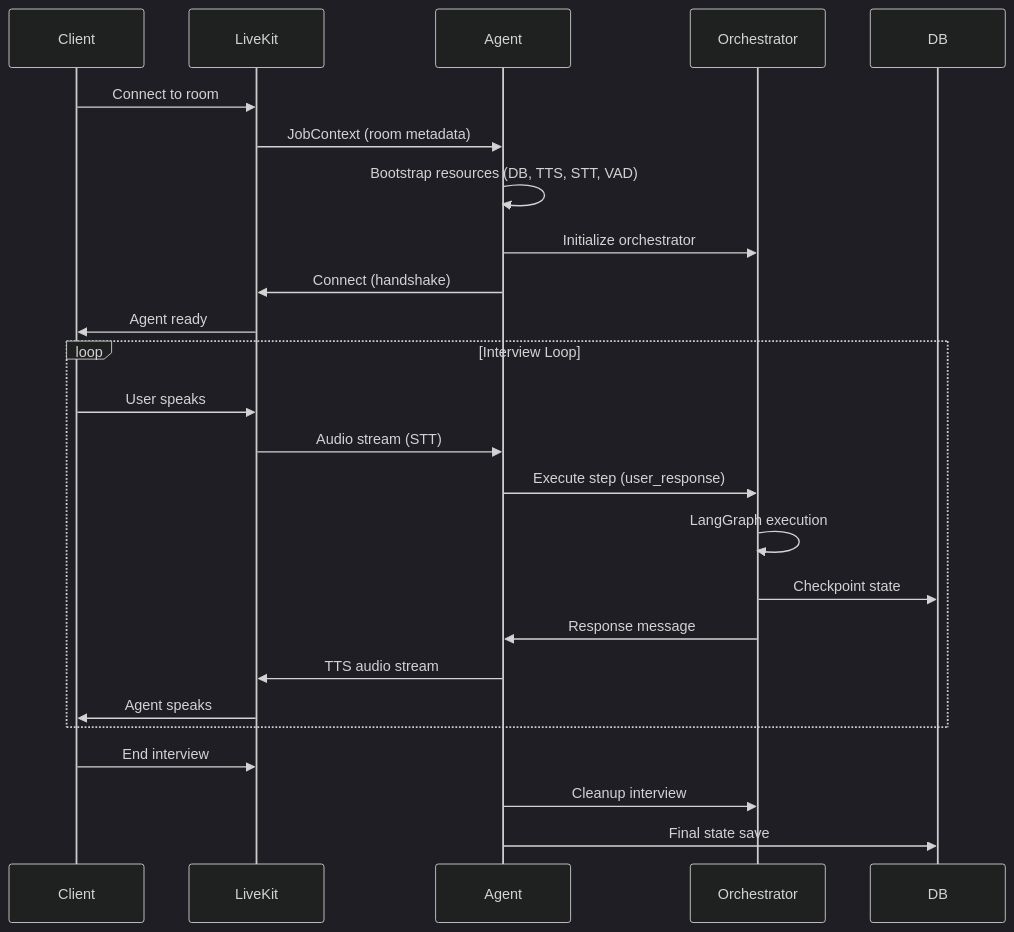
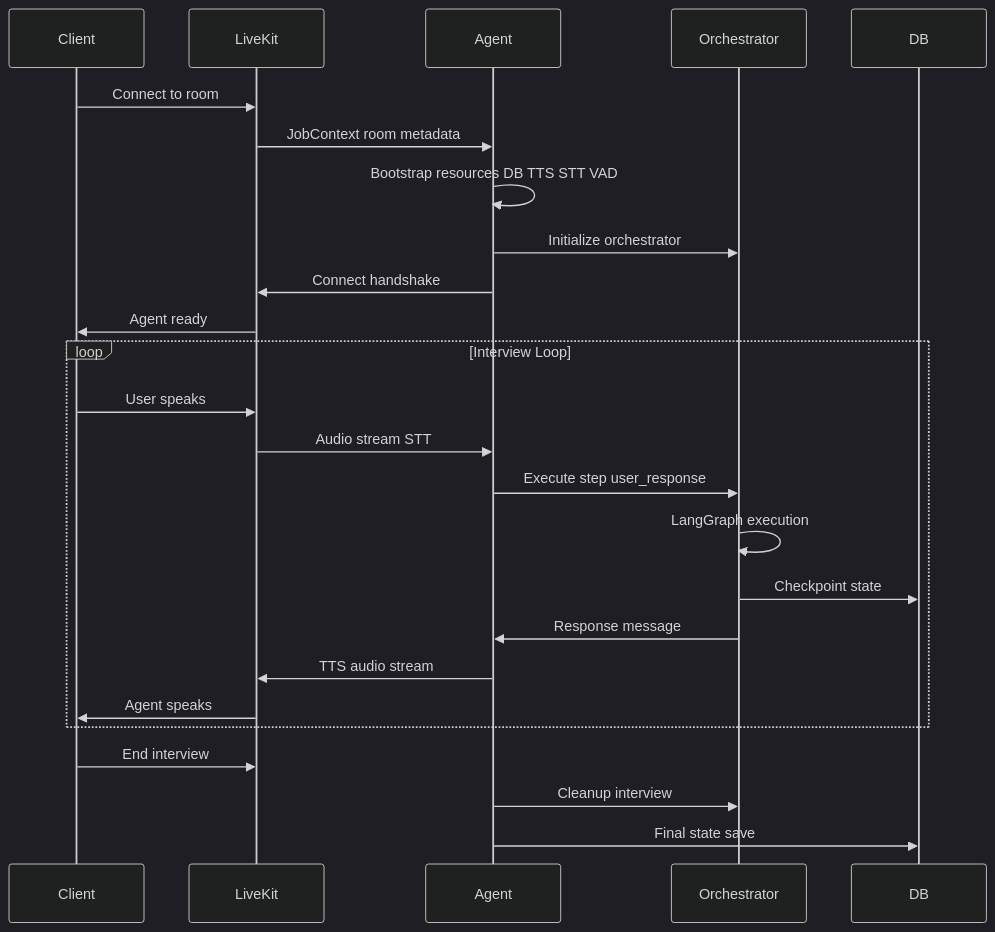
Before and after one commit to StephaneWamba/InterviewLab: the third of 5 diagrams in docs/ARCHITECTURE.md, drawn with Mermaid (dark theme). The commit also changed other lines of this file and 6 other files, not shown here.

Commit message:
Add concise explanations between diagrams in documentation - show deep system knowledge

````diff
--- a/docs/ARCHITECTURE.md
+++ b/docs/ARCHITECTURE.md
@@ -85,30 +91,30 @@
 ```mermaid
 sequenceDiagram
     participant Client
     participant LiveKit
     participant Agent
     participant Orchestrator
     participant DB
 
     Client->>LiveKit: Connect to room
-    LiveKit->>Agent: JobContext (room metadata)
-    Agent->>Agent: Bootstrap resources (DB, TTS, STT, VAD)
+    LiveKit->>Agent: JobContext room metadata
+    Agent->>Agent: Bootstrap resources DB TTS STT VAD
     Agent->>Orchestrator: Initialize orchestrator
-    Agent->>LiveKit: Connect (handshake)
+    Agent->>LiveKit: Connect handshake
     LiveKit->>Client: Agent ready
 
     loop Interview Loop
         Client->>LiveKit: User speaks
-        LiveKit->>Agent: Audio stream (STT)
-        Agent->>Orchestrator: Execute step (user_response)
+        LiveKit->>Agent: Audio stream STT
+        Agent->>Orchestrator: Execute step user_response
         Orchestrator->>Orchestrator: LangGraph execution
         Orchestrator->>DB: Checkpoint state
         Orchestrator->>Agent: Response message
         Agent->>LiveKit: TTS audio stream
         LiveKit->>Client: Agent speaks
     end
 
     Client->>LiveKit: End interview
     Agent->>Orchestrator: Cleanup interview
     Agent->>DB: Final state save
 ```
````
